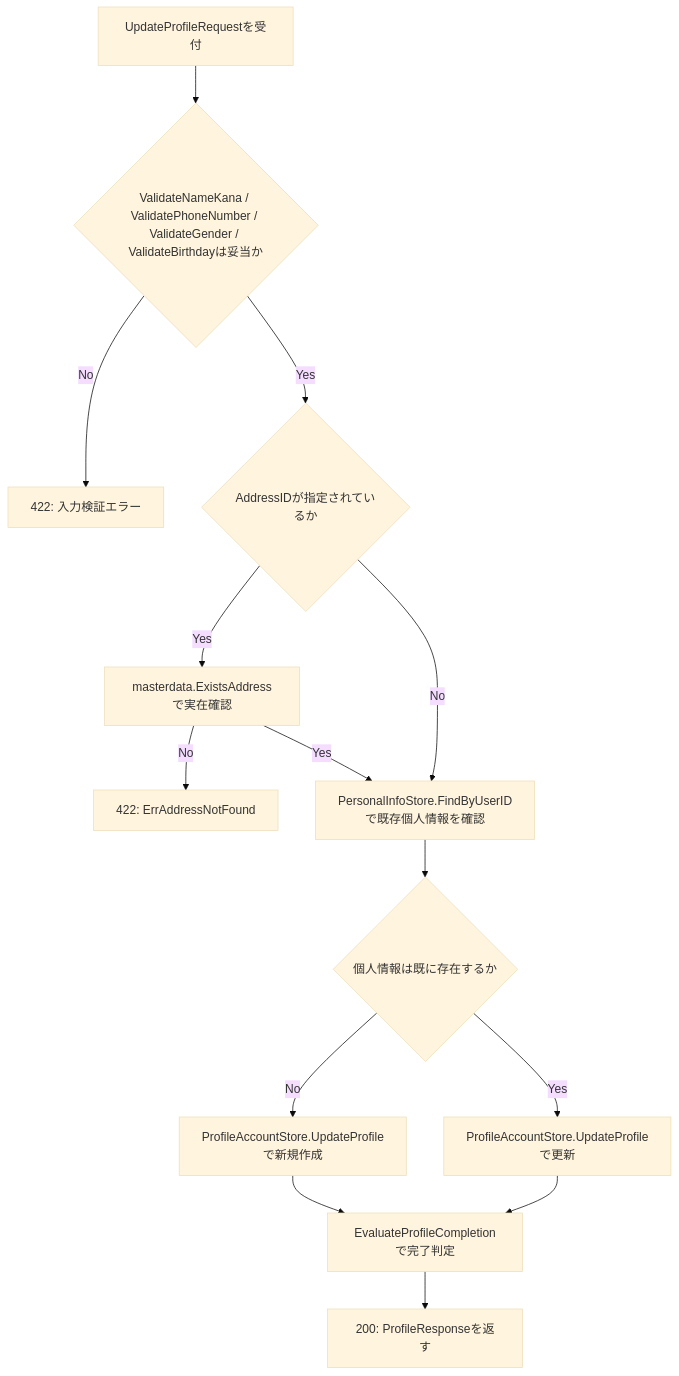
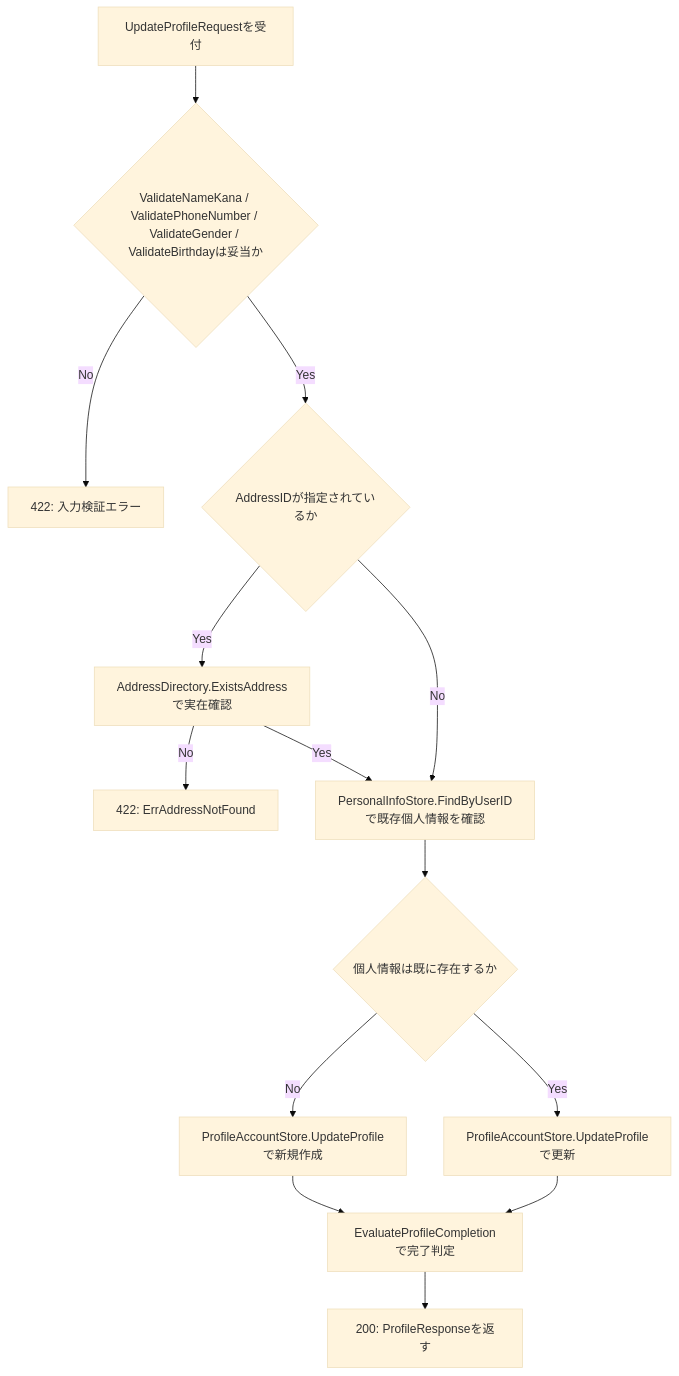
The fourth of 4 diagrams in 計画書/Go実装仕様書/プロフィール管理機能_Go実装仕様書.md (yuta20253/edu-platform-go-design), drawn with Mermaid (base theme) before and after one commit. The commit also changed other lines of this file and 10 other files, not shown here.

````diff
--- a/計画書/Go実装仕様書/プロフィール管理機能_Go実装仕様書.md
+++ b/計画書/Go実装仕様書/プロフィール管理機能_Go実装仕様書.md
@@ -250,16 +260,16 @@
 ```mermaid
 flowchart TD
     A[UpdateProfileRequestを受付] --> B{ValidateNameKana / ValidatePhoneNumber / ValidateGender / ValidateBirthdayは妥当か}
     B -- No --> Z1[422: 入力検証エラー]
     B -- Yes --> C{AddressIDが指定されているか}
-    C -- Yes --> D[masterdata.ExistsAddressで実在確認]
+    C -- Yes --> D[AddressDirectory.ExistsAddressで実在確認]
     D -- No --> Z2[422: ErrAddressNotFound]
     D -- Yes --> E[PersonalInfoStore.FindByUserIDで既存個人情報を確認]
     C -- No --> E
     E --> F{個人情報は既に存在するか}
     F -- No --> G[ProfileAccountStore.UpdateProfileで新規作成]
     F -- Yes --> H[ProfileAccountStore.UpdateProfileで更新]
     G --> I[EvaluateProfileCompletionで完了判定]
     H --> I
     I --> J[200: ProfileResponseを返す]
 ```
````
